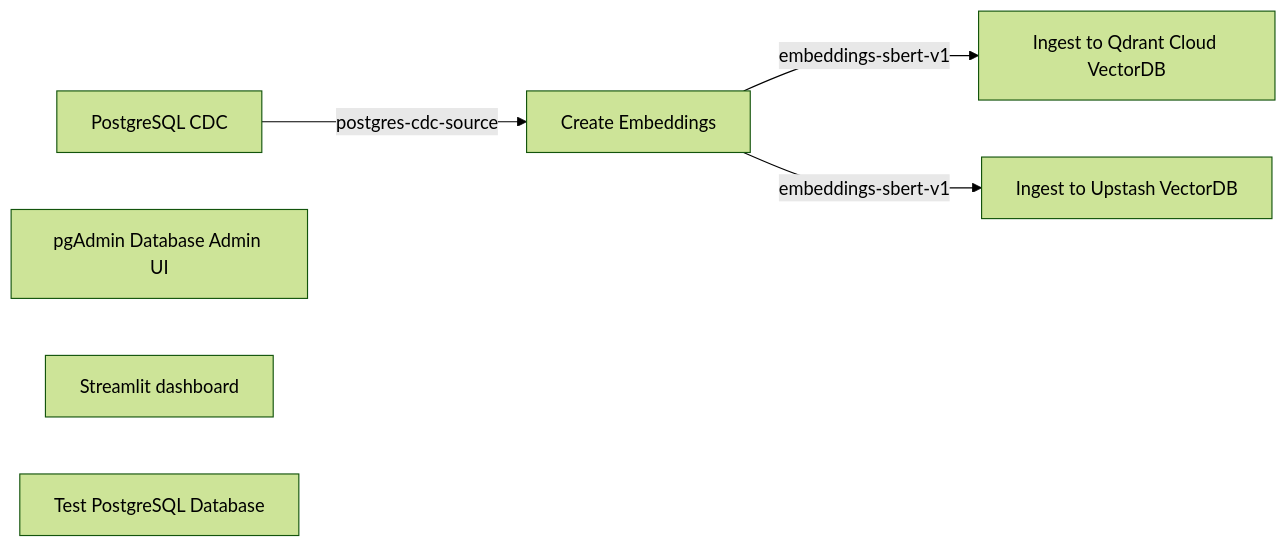
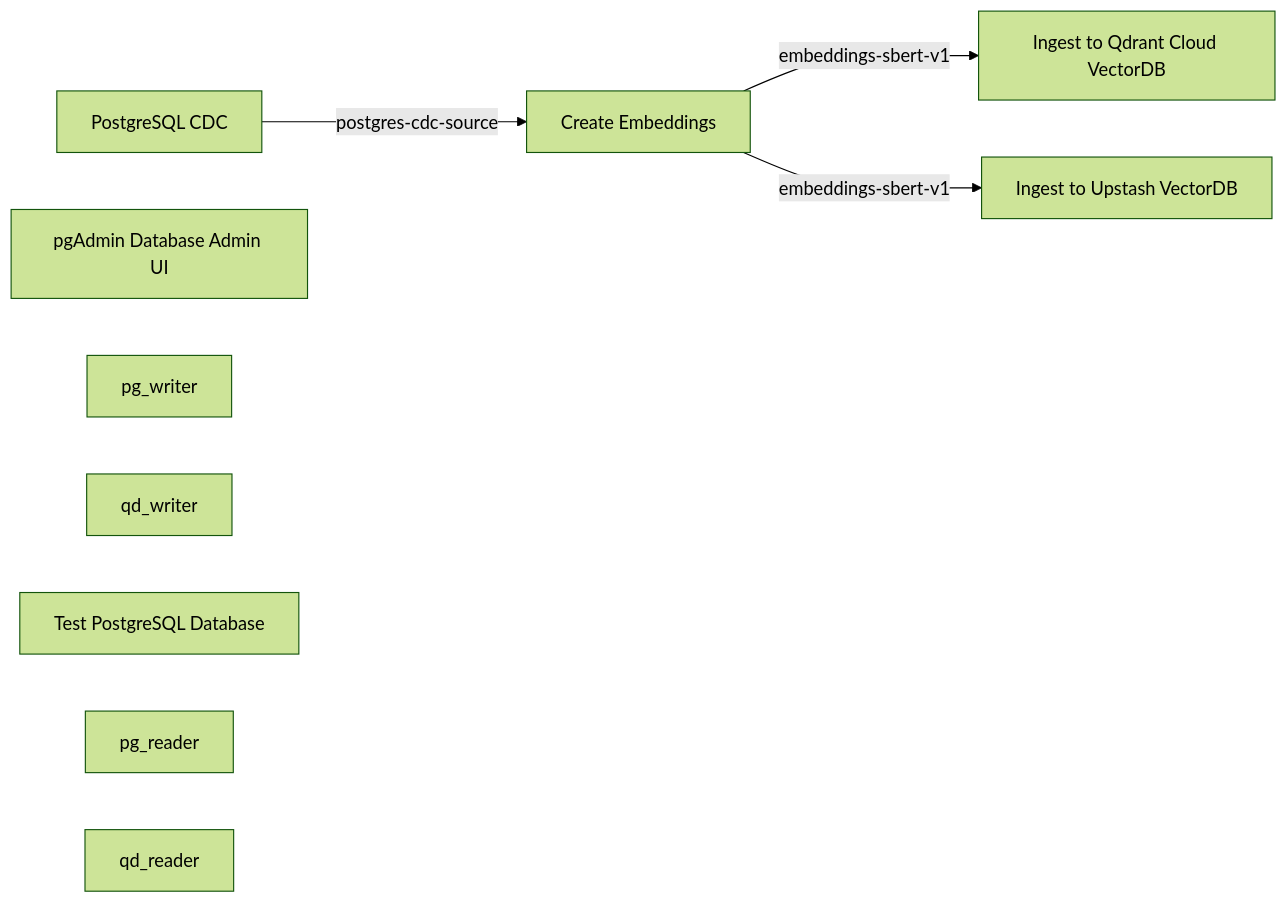
One commit to quixio/template-vector-ingestion-upstash changed the diagram in pipeline.md. Above: the diagram before and after it, drawn with Mermaid (forest theme). The commit also changed 28 other files, not shown here.

````diff
--- a/pipeline.md
+++ b/pipeline.md
@@ -1,11 +1,14 @@
 ```mermaid
 %%{ init: { 'flowchart': { 'curve': 'monotoneX' } } }%%
 graph LR;
 Create_Embeddings[Create Embeddings] -->|embeddings-sbert-v1|Ingest_to_Qdrant_Cloud_VectorDB[Ingest to Qdrant Cloud VectorDB];
 Create_Embeddings[Create Embeddings] -->|embeddings-sbert-v1|Ingest_to_Upstash_VectorDB[Ingest to Upstash VectorDB];
 PostgreSQL_CDC[PostgreSQL CDC] -->|postgres-cdc-source|Create_Embeddings[Create Embeddings];
 pgAdmin_Database_Admin_UI[pgAdmin Database Admin UI]
-Streamlit_dashboard[Streamlit dashboard]
+pg_writer[pg_writer]
+qd_writer[qd_writer]
 Test_PostgreSQL_Database[Test PostgreSQL Database]
+pg_reader[pg_reader]
+qd_reader[qd_reader]
 
 ```
````
